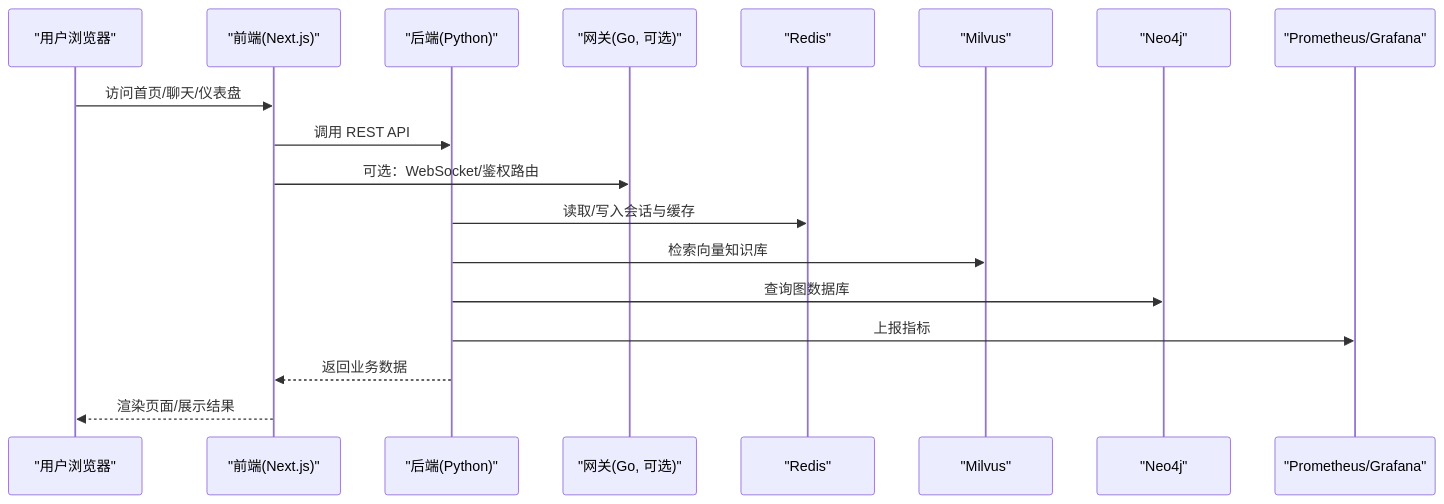
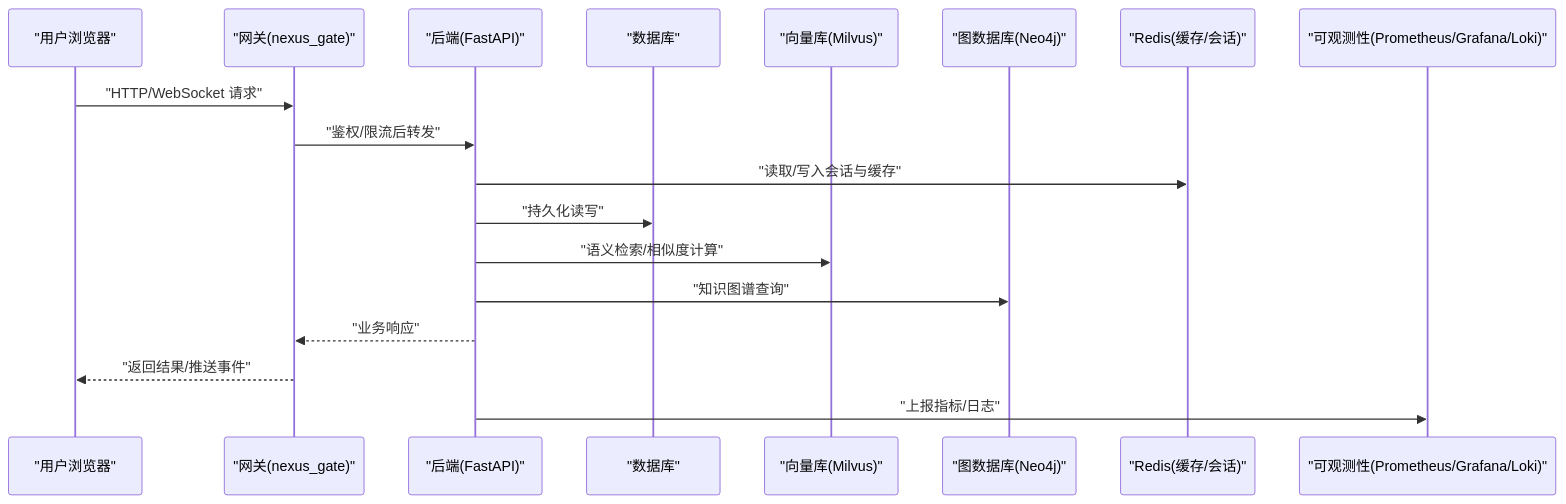
Before and after one commit to zmdhdu/NexusCockpit: the second of 5 diagrams in .qoder/repowiki/zh/content/快速开始.md, drawn with Mermaid. The commit also changed other lines of this file and 478 other files, not shown here.

````diff
--- a/.qoder/repowiki/zh/content/快速开始.md
+++ b/.qoder/repowiki/zh/content/快速开始.md
@@ -126,20 +157,20 @@
 ```mermaid
 sequenceDiagram
 participant U as "用户浏览器"
-participant F as "前端(Next.js)"
-participant B as "后端(Python)"
-participant G as "网关(Go, 可选)"
-participant R as "Redis"
-participant V as "Milvus"
-participant N as "Neo4j"
-participant P as "Prometheus/Grafana"
-U->>F : 访问首页/聊天/仪表盘
-F->>B : 调用 REST API
-F->>G : 可选：WebSocket/鉴权路由
-B->>R : 读取/写入会话与缓存
-B->>V : 检索向量知识库
-B->>N : 查询图数据库
-B->>P : 上报指标
-B-->>F : 返回业务数据
-F-->>U : 渲染页面/展示结果
+participant GW as "网关(nexus_gate)"
+participant BE as "后端(FastAPI)"
+participant DB as "数据库"
+participant VDB as "向量库(Milvus)"
+participant GDB as "图数据库(Neo4j)"
+participant REDIS as "Redis(缓存/会话)"
+participant OBS as "可观测性(Prometheus/Grafana/Loki)"
+U->>GW : "HTTP/WebSocket 请求"
+GW->>BE : "鉴权/限流后转发"
+BE->>REDIS : "读取/写入会话与缓存"
+BE->>DB : "持久化读写"
+BE->>VDB : "语义检索/相似度计算"
+BE->>GDB : "知识图谱查询"
+BE-->>GW : "业务响应"
+GW-->>U : "返回结果/推送事件"
+BE->>OBS : "上报指标/日志"
 ```
````
